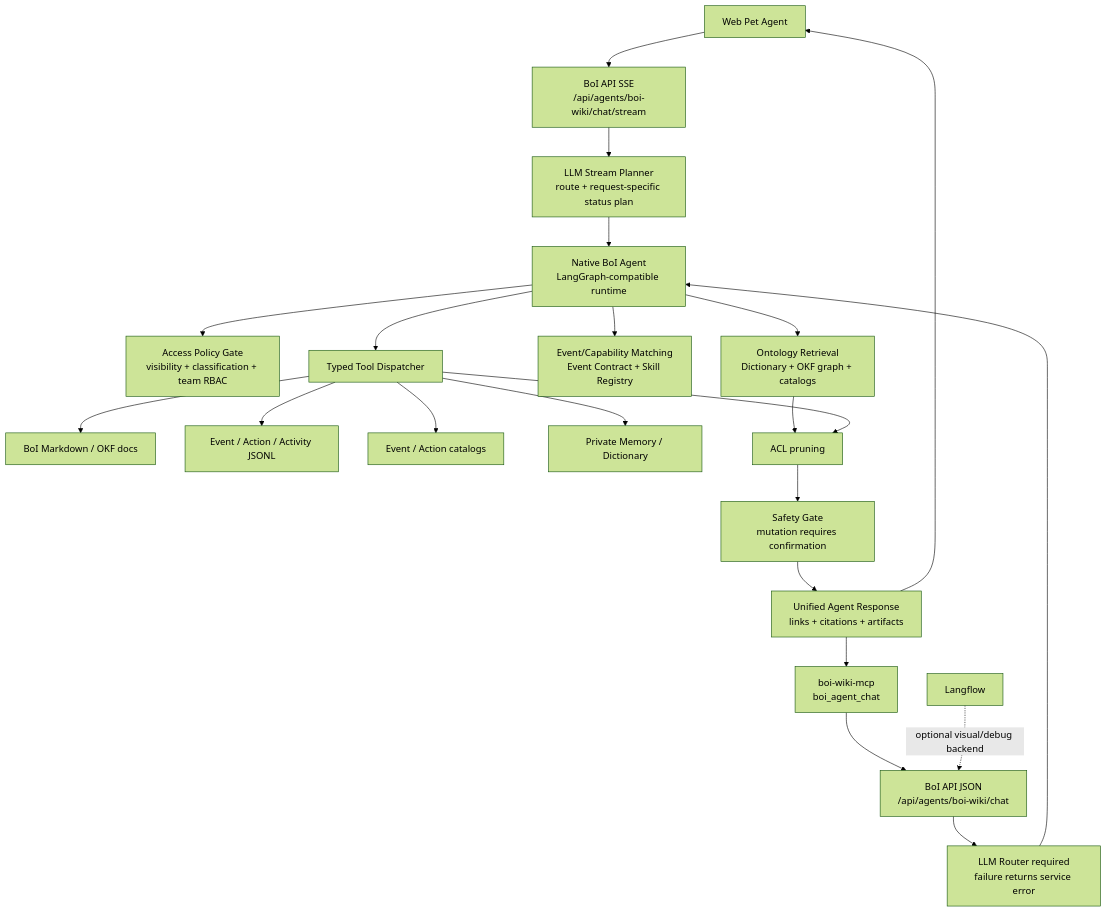
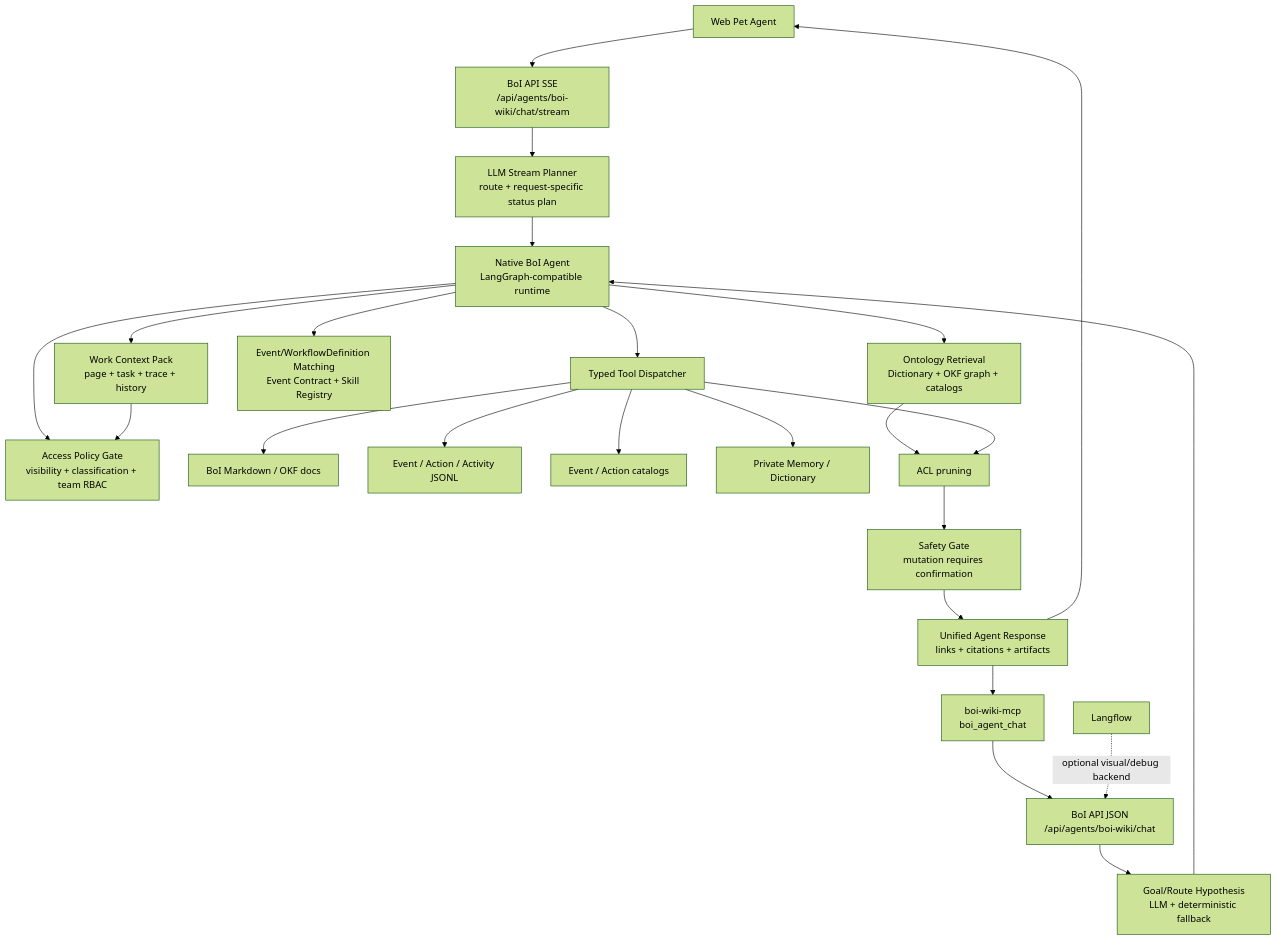
Before and after one commit to chokukil/boi-wiki: the first of 2 diagrams in data/boi/public/boi-wiki-manual/agent/native-boi-agent-architecture.md, drawn with Mermaid (forest theme). The commit also changed other lines of this file and 99 other files, not shown here.

Commit message:
Improve BoI agent workflow and inbox UX

````diff
--- a/data/boi/public/boi-wiki-manual/agent/native-boi-agent-architecture.md
+++ b/data/boi/public/boi-wiki-manual/agent/native-boi-agent-architecture.md
@@ -38,24 +38,26 @@
 ```mermaid
 flowchart TD
   UI["Web Pet Agent"] --> STREAM["BoI API SSE<br/>/api/agents/boi-wiki/chat/stream"]
   STREAM --> PLAN["LLM Stream Planner<br/>route + request-specific status plan"]
   PLAN --> AGENT
   MCP["boi-wiki-mcp<br/>boi_agent_chat"] --> API
-  API["BoI API JSON<br/>/api/agents/boi-wiki/chat"] --> ROUTER["LLM Router required<br/>failure returns service error"]
+  API["BoI API JSON<br/>/api/agents/boi-wiki/chat"] --> ROUTER["Goal/Route Hypothesis<br/>LLM + deterministic fallback"]
   ROUTER --> AGENT["Native BoI Agent<br/>LangGraph-compatible runtime"]
+  AGENT --> WORK["Work Context Pack<br/>page + task + trace + history"]
   AGENT --> ACL["Access Policy Gate<br/>visibility + classification + team RBAC"]
   AGENT --> RET["Ontology Retrieval<br/>Dictionary + OKF graph + catalogs"]
-  AGENT --> CAP["Event/Capability Matching<br/>Event Contract + Skill Registry"]
+  AGENT --> CAP["Event/WorkflowDefinition Matching<br/>Event Contract + Skill Registry"]
   AGENT --> TOOLS["Typed Tool Dispatcher"]
+  WORK --> ACL
   TOOLS --> DOCS["BoI Markdown / OKF docs"]
   TOOLS --> LOGS["Event / Action / Activity JSONL"]
   TOOLS --> CAT["Event / Action catalogs"]
   TOOLS --> MEM["Private Memory / Dictionary"]
   RET --> ACL2["ACL pruning"]
   TOOLS --> ACL2
   ACL2 --> SAFE["Safety Gate<br/>mutation requires confirmation"]
   SAFE --> OUT["Unified Agent Response<br/>links + citations + artifacts"]
   OUT --> UI
   OUT --> MCP
   LF["Langflow"] -. "optional visual/debug backend" .-> API
 ```
````
